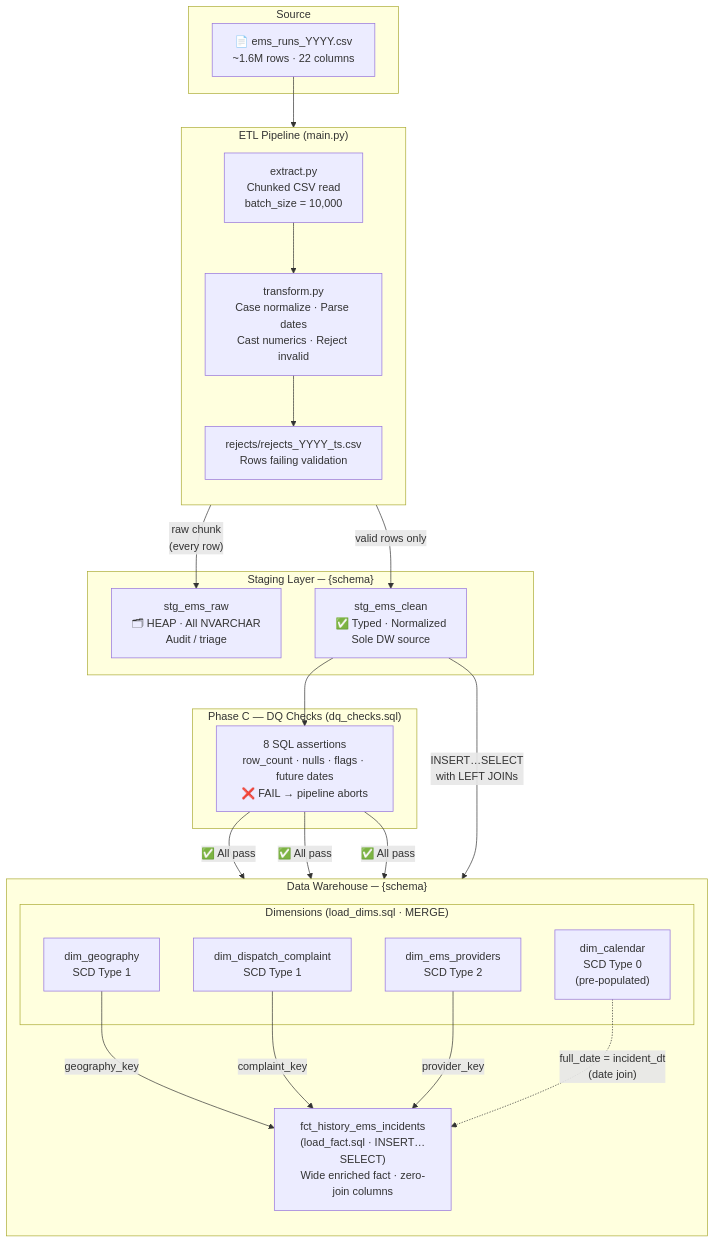
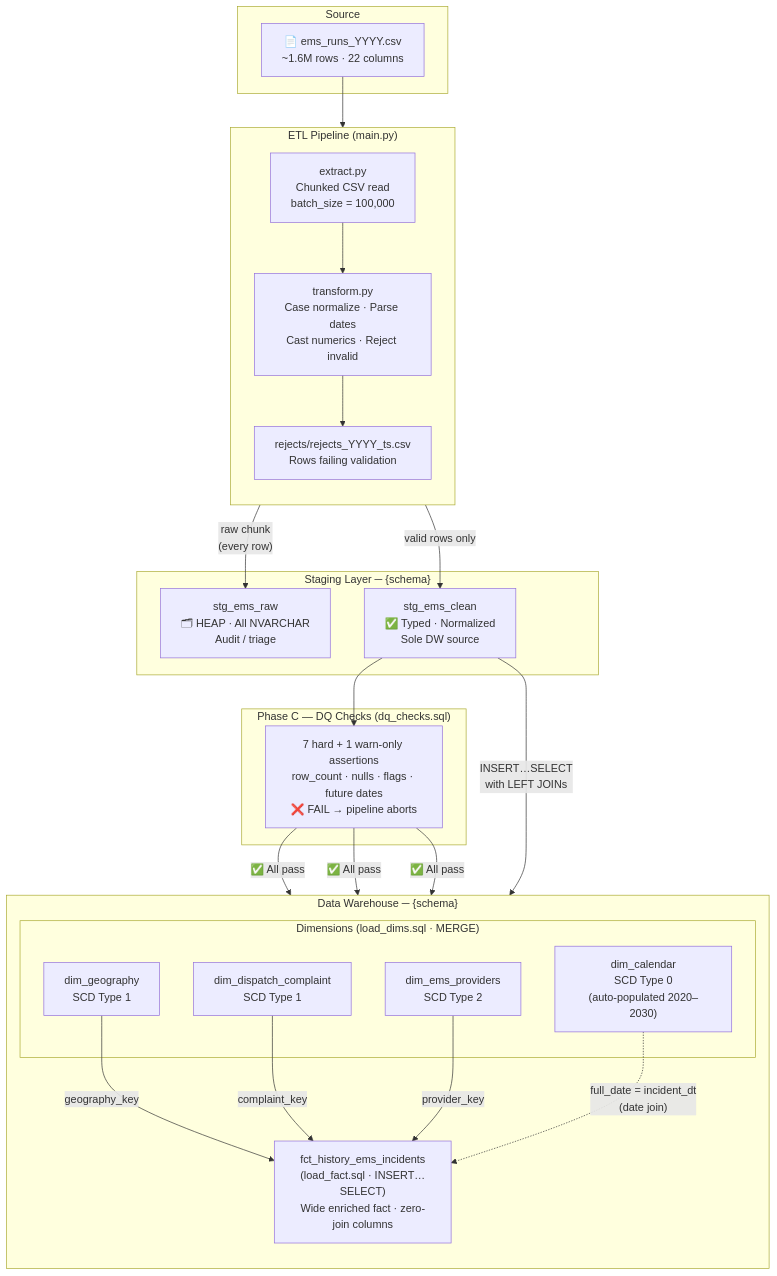
Before and after one commit to PK0497/EMS: the third of 3 diagrams in docs/star_schema_erd.md, drawn with Mermaid. The commit also changed other lines of this file and 12 other files, not shown here.

Commit message:
Fix DQ checks, auto-populate dim_calendar, update docs for runtime findings

````diff
--- a/docs/star_schema_erd.md
+++ b/docs/star_schema_erd.md
@@ -186,48 +186,48 @@
 ```mermaid
 flowchart TD
     subgraph SOURCE["Source"]
         CSV["📄 ems_runs_YYYY.csv\n~1.6M rows · 22 columns"]
     end
 
     subgraph PYTHON["ETL Pipeline  (main.py)"]
         direction TB
-        E["extract.py\nChunked CSV read\nbatch_size = 10,000"]
+        E["extract.py\nChunked CSV read\nbatch_size = 100,000"]
         T["transform.py\nCase normalize · Parse dates\nCast numerics · Reject invalid"]
         R["rejects/rejects_YYYY_ts.csv\nRows failing validation"]
     end
 
     subgraph STAGING["Staging Layer  ─  {schema}"]
         RAW["stg_ems_raw\n🗂 HEAP · All NVARCHAR\nAudit / triage"]
         CLN["stg_ems_clean\n✅ Typed · Normalized\nSole DW source"]
     end
 
     subgraph DQ["Phase C — DQ Checks  (dq_checks.sql)"]
-        DQC["8 SQL assertions\nrow_count · nulls · flags · future dates\n❌ FAIL → pipeline aborts"]
+        DQC["7 hard + 1 warn-only assertions\nrow_count · nulls · flags · future dates\n❌ FAIL → pipeline aborts"]
     end
 
     subgraph DW["Data Warehouse  ─  {schema}"]
         direction TB
         subgraph DIMS["Dimensions  (load_dims.sql · MERGE)"]
             GEO["dim_geography\nSCD Type 1"]
             COMP["dim_dispatch_complaint\nSCD Type 1"]
             PROV["dim_ems_providers\nSCD Type 2"]
-            CAL["dim_calendar\nSCD Type 0\n(pre-populated)"]
+            CAL["dim_calendar\nSCD Type 0\n(auto-populated 2020–2030)"]
         end
         FCT["fct_history_ems_incidents\n(load_fact.sql · INSERT…SELECT)\nWide enriched fact · zero-join columns"]
     end
 
     CSV --> E
     E --> T
     T --> R
     E -->|"raw chunk\n(every row)"| RAW
     T -->|"valid rows only"| CLN
     CLN --> DQC
     DQC -->|"✅ All pass"| GEO
     DQC -->|"✅ All pass"| COMP
     DQC -->|"✅ All pass"| PROV
     GEO -->|"geography_key"| FCT
     COMP -->|"complaint_key"| FCT
     PROV -->|"provider_key"| FCT
     CAL -.->|"full_date = incident_dt\n(date join)"| FCT
     CLN -->|"INSERT…SELECT\nwith LEFT JOINs"| FCT
 ```
````
